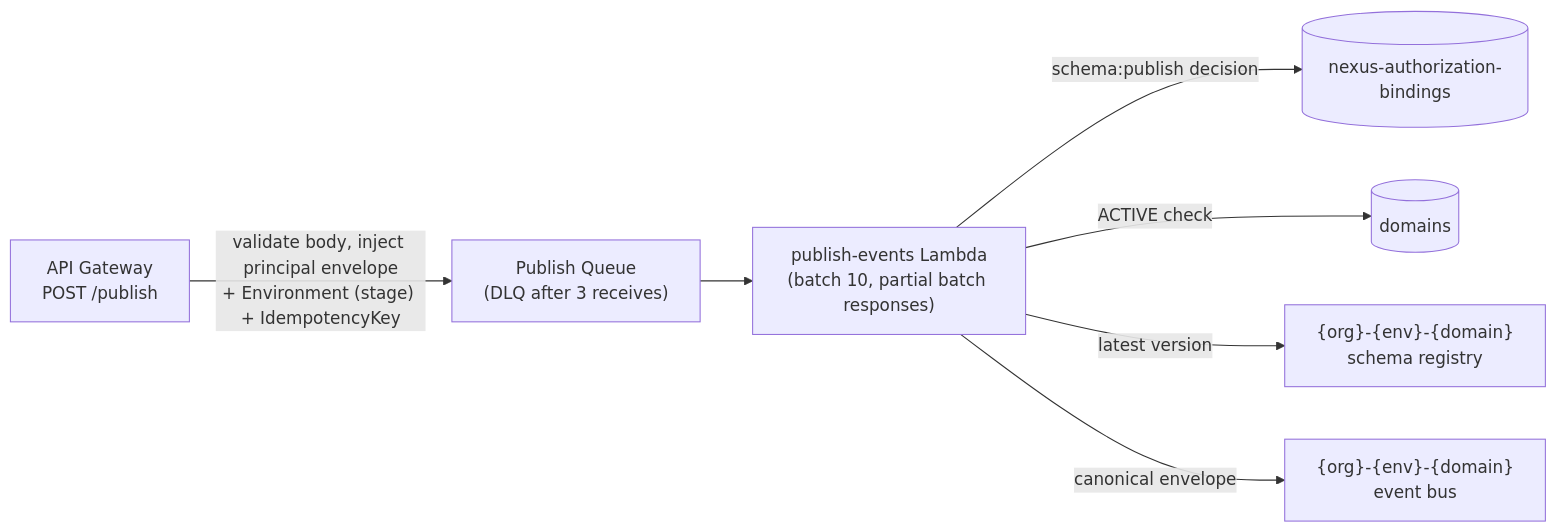
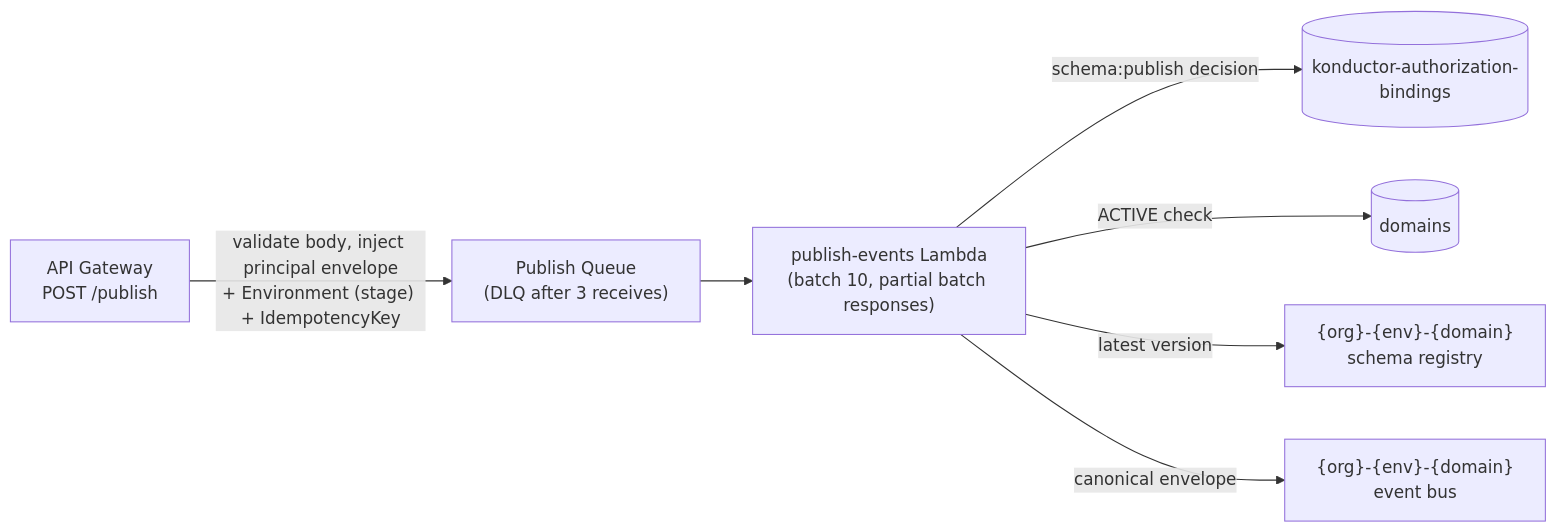
One commit to liedig/konductor4evb changed the ninth of 10 diagrams in docs/development/architecture.md. Above: the diagram before and after it, drawn with Mermaid. The commit also changed other lines of this file and 37 other files, not shown here.

````diff
--- a/docs/development/architecture.md
+++ b/docs/development/architecture.md
@@ -599,9 +599,9 @@
 ```mermaid
 graph LR
     api["API Gateway<br/>POST /publish"] -->|"validate body, inject principal envelope<br/>+ Environment (stage) + IdempotencyKey"| q["Publish Queue<br/>(DLQ after 3 receives)"]
     q --> consumer["publish-events Lambda<br/>(batch 10, partial batch responses)"]
-    consumer -->|"schema:publish decision"| bindings[("nexus-authorization-bindings")]
+    consumer -->|"schema:publish decision"| bindings[("konductor-authorization-bindings")]
     consumer -->|"ACTIVE check"| domains[("domains")]
     consumer -->|"latest version"| registry["{org}-{env}-{domain}<br/>schema registry"]
     consumer -->|"canonical envelope"| bus["{org}-{env}-{domain}<br/>event bus"]
 ```
````
